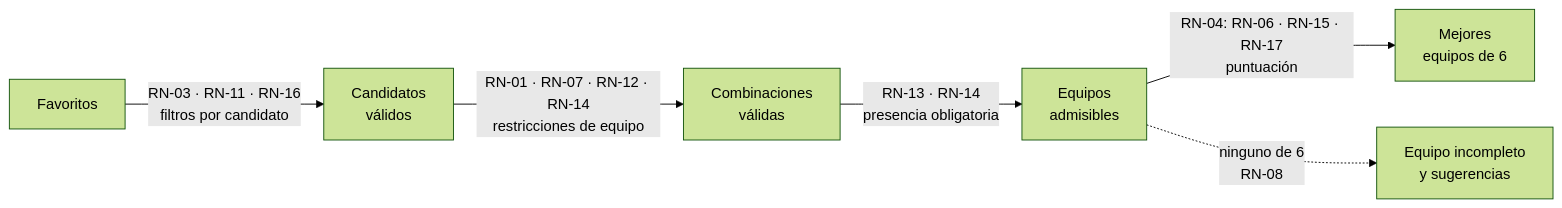
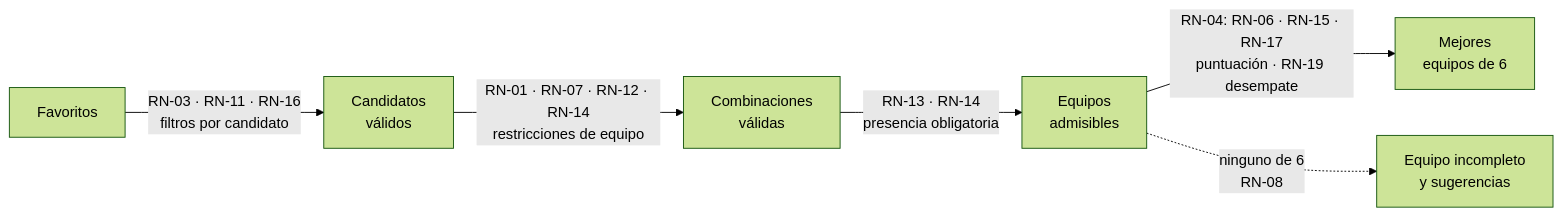
The diagram in docs/01-ddf/reglas-negocio.md (AlbertoMercado/pokemon-team-builder), drawn with Mermaid (forest theme) before and after one commit. The commit also changed other lines of this file and 4 other files, not shown here.

````diff
--- a/docs/01-ddf/reglas-negocio.md
+++ b/docs/01-ddf/reglas-negocio.md
@@ -80,8 +82,8 @@
 ```mermaid
 flowchart LR
     F[Favoritos] -- "RN-03 · RN-11 · RN-16<br/>filtros por candidato" --> V[Candidatos<br/>válidos]
     V -- "RN-01 · RN-07 · RN-12 · RN-14<br/>restricciones de equipo" --> C[Combinaciones<br/>válidas]
     C -- "RN-13 · RN-14<br/>presencia obligatoria" --> P[Equipos<br/>admisibles]
-    P -- "RN-04: RN-06 · RN-15 · RN-17<br/>puntuación" --> E[Mejores<br/>equipos de 6]
+    P -- "RN-04: RN-06 · RN-15 · RN-17<br/>puntuación · RN-19 desempate" --> E[Mejores<br/>equipos de 6]
     P -. "ninguno de 6<br/>RN-08" .-> A[Equipo incompleto<br/>y sugerencias]
 ```
````
